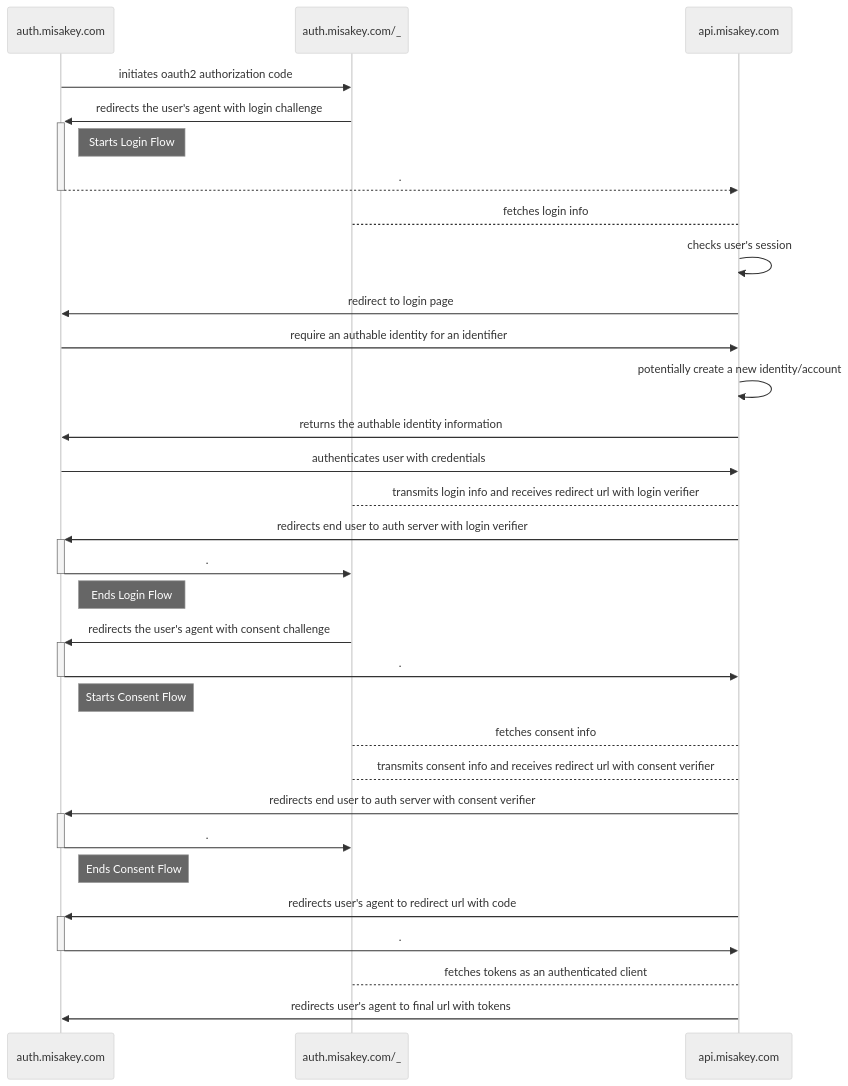
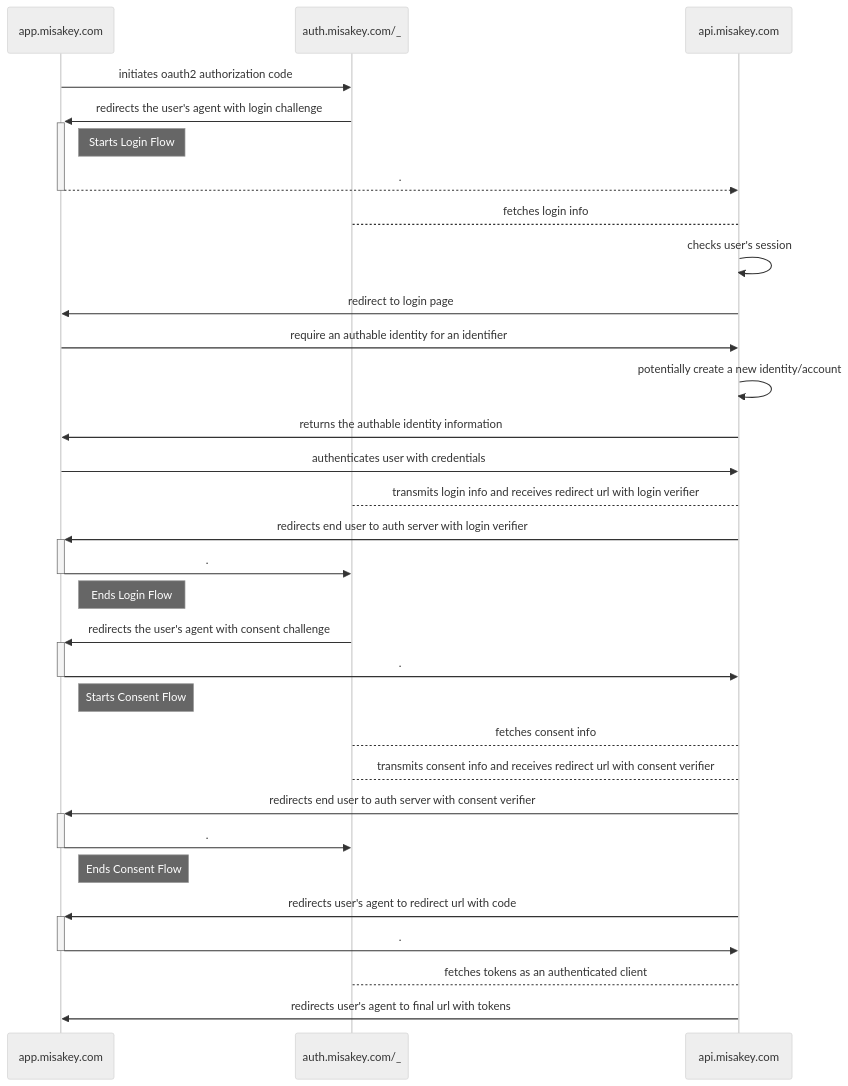
Before and after one commit to misakey/backend: the diagram in docs/content/endpoints/auth_flow.md, drawn with Mermaid (neutral theme). The commit also changed other lines of this file and 1 other file, not shown here.

Commit message:
docs(sso): rename auth.misakey.com to app.misakey.com

```diff
--- a/docs/content/endpoints/auth_flow.md
+++ b/docs/content/endpoints/auth_flow.md
@@ -25,30 +25,30 @@
 {{<mermaid>}}
 sequenceDiagram
-    auth.misakey.com->>auth.misakey.com/_: initiates oauth2 authorization code
-    auth.misakey.com/_->>+auth.misakey.com: redirects the user's agent with login challenge
-    Note right of auth.misakey.com: Starts Login Flow
-    auth.misakey.com-->>-api.misakey.com: .
+    app.misakey.com->>auth.misakey.com/_: initiates oauth2 authorization code
+    auth.misakey.com/_->>+app.misakey.com: redirects the user's agent with login challenge
+    Note right of app.misakey.com: Starts Login Flow
+    app.misakey.com-->>-api.misakey.com: .
     api.misakey.com-->auth.misakey.com/_: fetches login info
     api.misakey.com->>api.misakey.com: checks user's session
-    api.misakey.com->>auth.misakey.com: redirect to login page
-    auth.misakey.com->>api.misakey.com: require an authable identity for an identifier
+    api.misakey.com->>app.misakey.com: redirect to login page
+    app.misakey.com->>api.misakey.com: require an authable identity for an identifier
     api.misakey.com->>api.misakey.com: potentially create a new identity/account
-    api.misakey.com->>auth.misakey.com: returns the authable identity information
-    auth.misakey.com->>api.misakey.com: authenticates user with credentials
+    api.misakey.com->>app.misakey.com: returns the authable identity information
+    app.misakey.com->>api.misakey.com: authenticates user with credentials
     api.misakey.com-->auth.misakey.com/_: transmits login info and receives redirect url with login verifier
-    api.misakey.com->>+auth.misakey.com: redirects end user to auth server with login verifier
-    auth.misakey.com->>-auth.misakey.com/_: .
-    Note right of auth.misakey.com: Ends Login Flow
-    auth.misakey.com/_->>+auth.misakey.com: redirects the user's agent with consent challenge
-    auth.misakey.com->>-api.misakey.com: .
-    Note right of auth.misakey.com: Starts Consent Flow
+    api.misakey.com->>+app.misakey.com: redirects end user to auth server with login verifier
+    app.misakey.com->>-auth.misakey.com/_: .
+    Note right of app.misakey.com: Ends Login Flow
+    auth.misakey.com/_->>+app.misakey.com: redirects the user's agent with consent challenge
+    app.misakey.com->>-api.misakey.com: .
+    Note right of app.misakey.com: Starts Consent Flow
     api.misakey.com-->auth.misakey.com/_: fetches consent info
     api.misakey.com-->auth.misakey.com/_: transmits consent info and receives redirect url with consent verifier
-    api.misakey.com->>+auth.misakey.com: redirects end user to auth server with consent verifier
-    auth.misakey.com->>-auth.misakey.com/_: .
-    Note right of auth.misakey.com: Ends Consent Flow
-    api.misakey.com->>+auth.misakey.com: redirects user's agent to redirect url with code
-    auth.misakey.com->>-api.misakey.com: .
+    api.misakey.com->>+app.misakey.com: redirects end user to auth server with consent verifier
+    app.misakey.com->>-auth.misakey.com/_: .
+    Note right of app.misakey.com: Ends Consent Flow
+    api.misakey.com->>+app.misakey.com: redirects user's agent to redirect url with code
+    app.misakey.com->>-api.misakey.com: .
     api.misakey.com-->auth.misakey.com/_: fetches tokens as an authenticated client
-    api.misakey.com->>auth.misakey.com: redirects user's agent to final url with tokens
+    api.misakey.com->>app.misakey.com: redirects user's agent to final url with tokens
 {{</mermaid>}}
```
